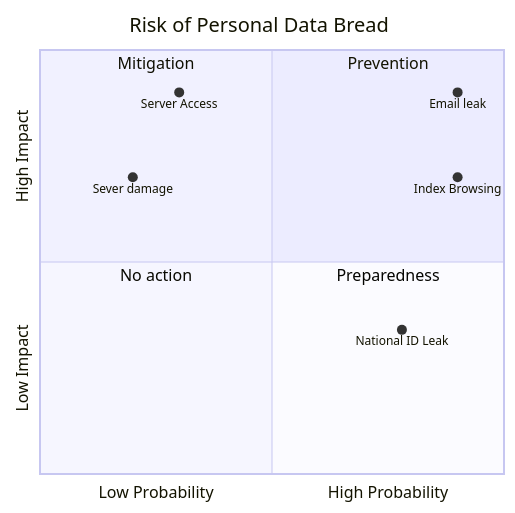
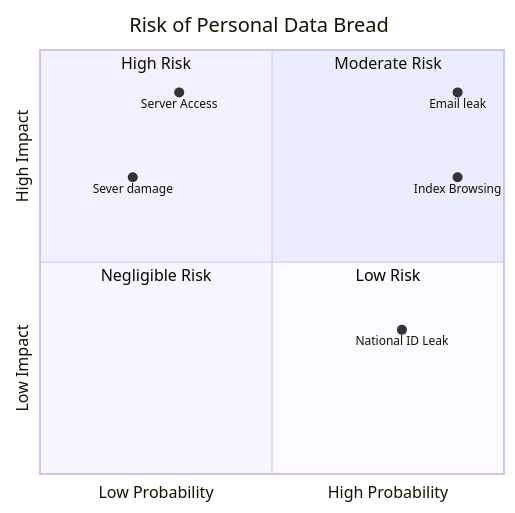
The fourth of 4 diagrams in README.md (Kietpawpan/pdpa), drawn with Mermaid before and after one commit.

````diff
--- a/README.md
+++ b/README.md
@@ -87,15 +87,15 @@
 ```mermaid
 quadrantChart
     title Risk of Personal Data Bread
     x-axis Low Probability --> High Probability
     y-axis Low Impact --> High Impact
-    quadrant-1 Prevention
-    quadrant-2 Mitigation
-    quadrant-3 No action
-    quadrant-4 Preparedness 
+    quadrant-1 Moderate Risk
+    quadrant-2 High Risk
+    quadrant-3 Negligible Risk
+    quadrant-4 Low Risk
 	Server Access: [0.3, 0.9]
     	Email leak: [0.9, 0.9]
     Index Browsing: [0.9, 0.7]
     National ID Leak: [0.78, 0.34]
     Sever damage: [0.2, 0.7]
 ```
````
